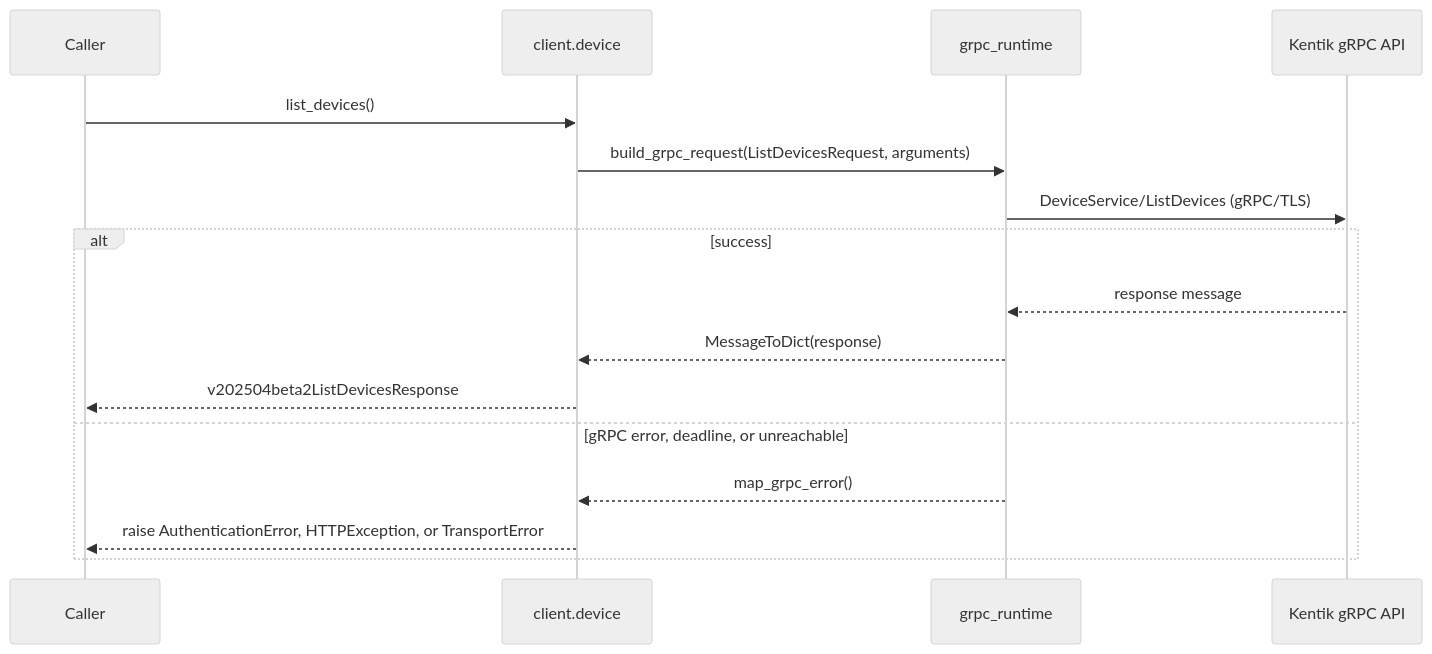
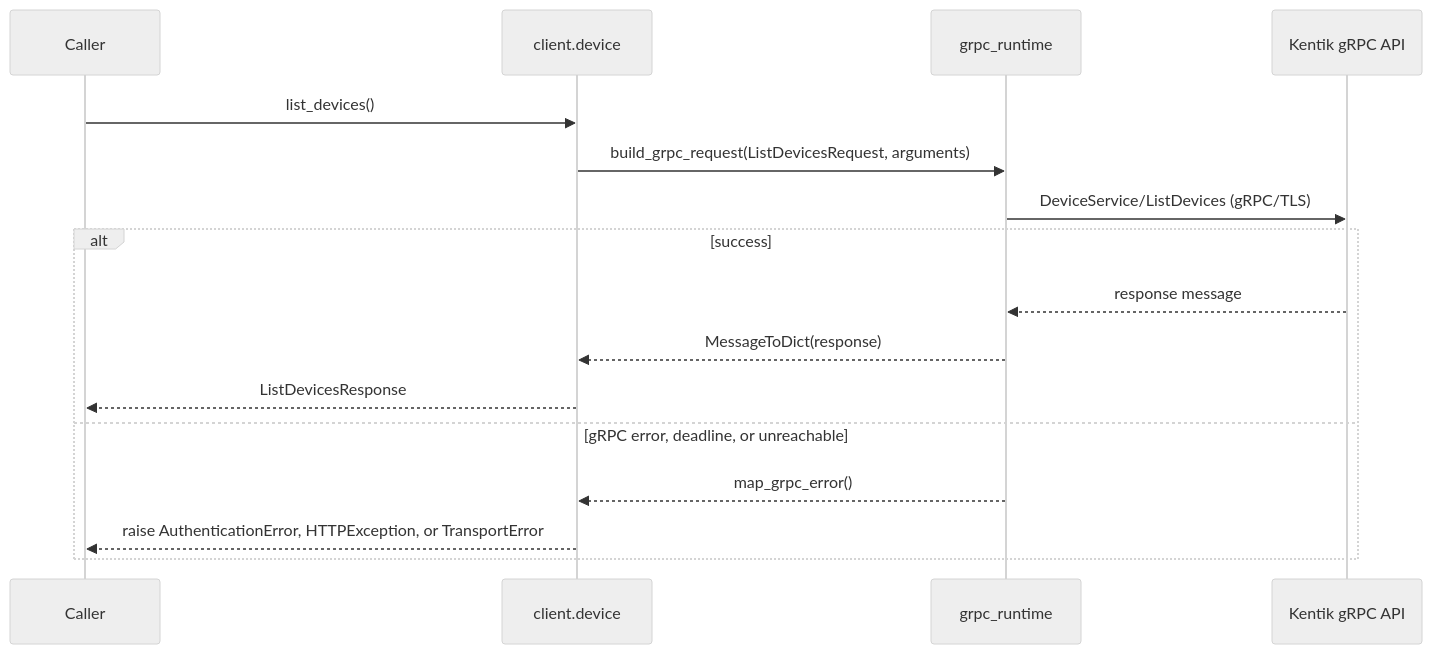
One commit to alexdearaujo/community_sdk_python changed the third of 22 diagrams in docs/sphinx/services/device.md. Above: the diagram before and after it, drawn with Mermaid (neutral theme). The commit also changed other lines of this file and 38 other files, not shown here.

````diff
--- a/docs/sphinx/services/device.md
+++ b/docs/sphinx/services/device.md
@@ -59,19 +59,19 @@
 ```mermaid
 sequenceDiagram
     participant C as Caller
     participant W as client.device
     participant R as grpc_runtime
     participant API as Kentik gRPC API
 
     C->>W: list_devices()
     W->>R: build_grpc_request(ListDevicesRequest, arguments)
     R->>API: DeviceService/ListDevices (gRPC/TLS)
     alt success
         API-->>R: response message
         R-->>W: MessageToDict(response)
-        W-->>C: v202504beta2ListDevicesResponse
+        W-->>C: ListDevicesResponse
     else gRPC error, deadline, or unreachable
         R-->>W: map_grpc_error()
         W-->>C: raise AuthenticationError, HTTPException, or TransportError
     end
 ```
````
